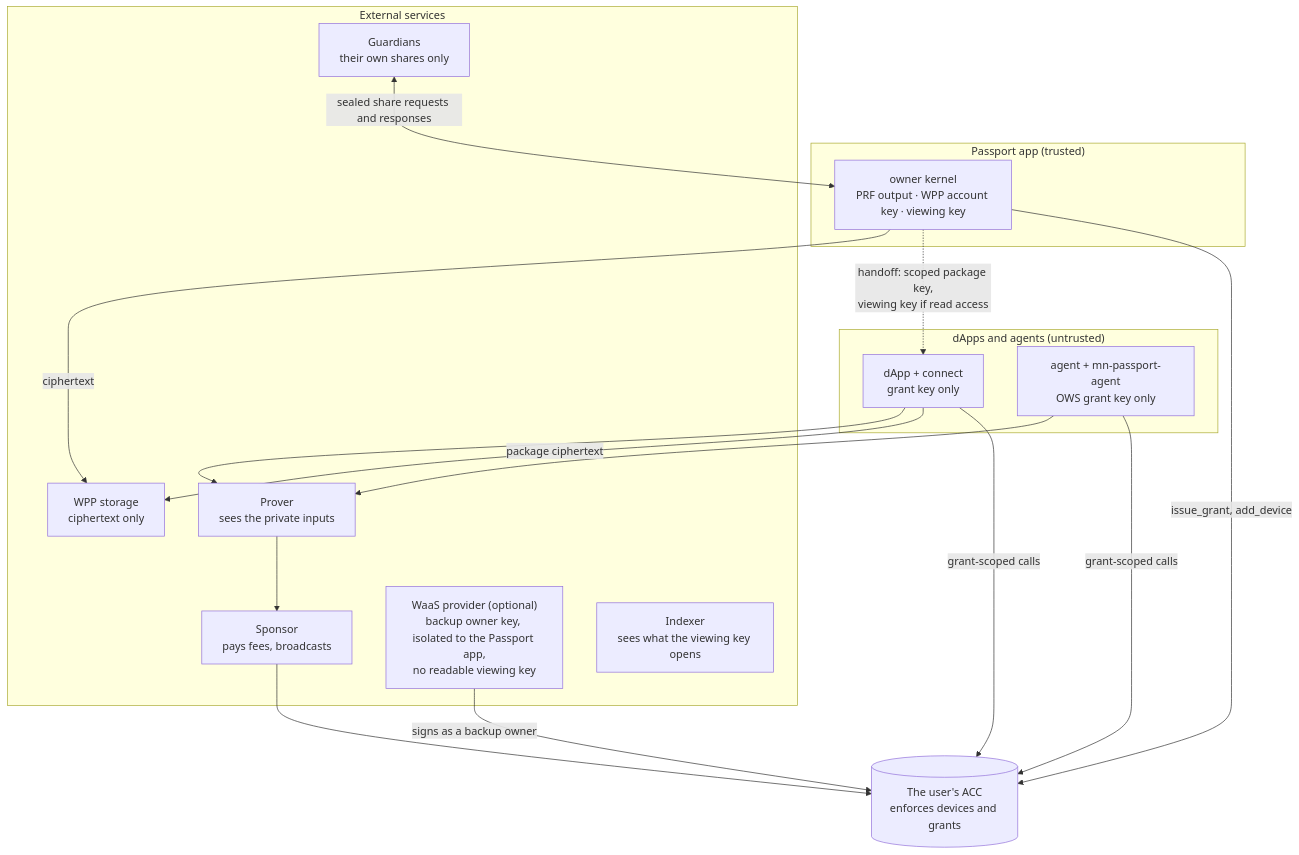
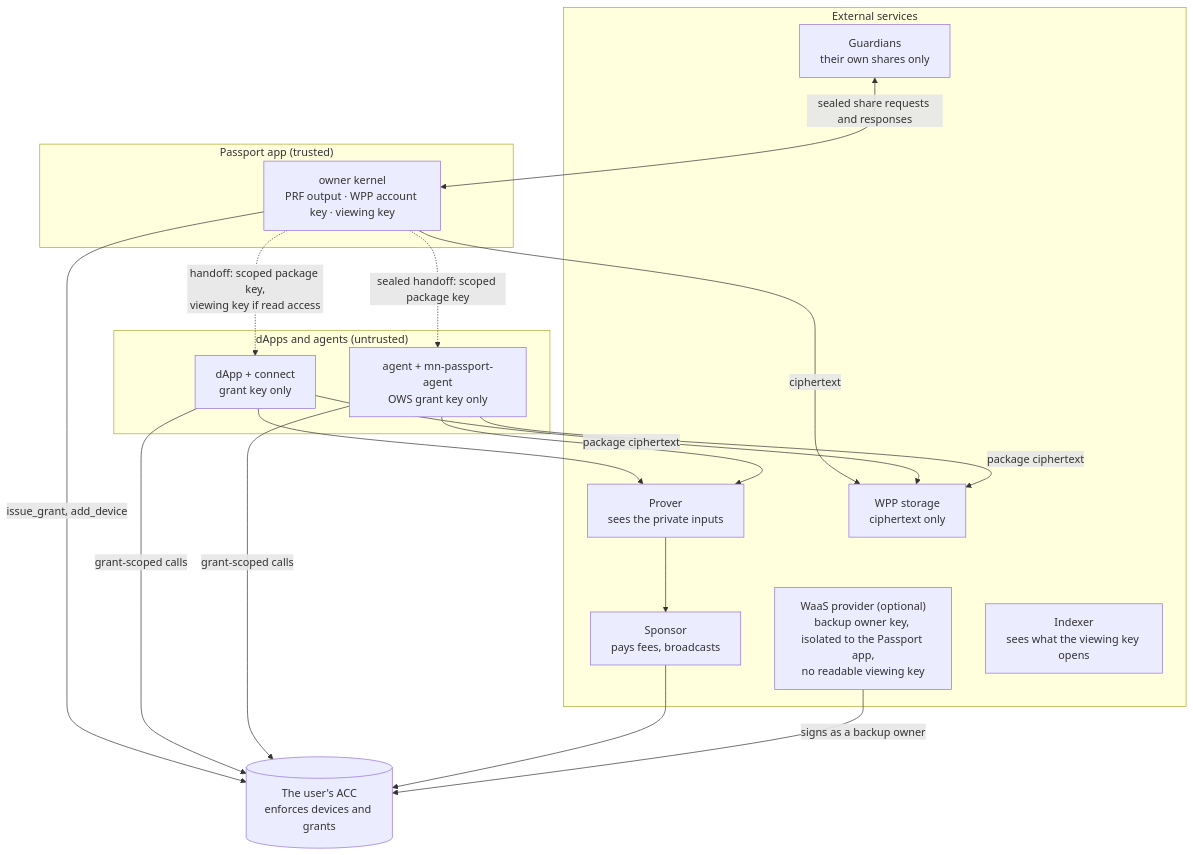
Before and after one commit to midnightntwrk/midnight-passport-sdk: the diagram in docs/architecture.md, drawn with Mermaid. The commit also changed other lines of this file and 4 other files, not shown here.

First line of the commit message:
docs: let agents get private data through a sealed handoff

````diff
--- a/docs/architecture.md
+++ b/docs/architecture.md
@@ -298,32 +298,34 @@
 ```mermaid
 flowchart TB
   subgraph APP["Passport app (trusted)"]
     KERNEL["owner kernel<br/>PRF output · WPP account key · viewing key"]
   end
   subgraph CLIENTS["dApps and agents (untrusted)"]
     DAPP["dApp + connect<br/>grant key only"]
     AGENT["agent + mn-passport-agent<br/>OWS grant key only"]
   end
   subgraph EXT["External services"]
     PROVER["Prover<br/>sees the private inputs"]
     SPONSOR["Sponsor<br/>pays fees, broadcasts"]
     WAAS["WaaS provider (optional)<br/>backup owner key, isolated to the Passport app,<br/>no readable viewing key"]
     WPP["WPP storage<br/>ciphertext only"]
     IDX["Indexer<br/>sees what the viewing key opens"]
     GUARD["Guardians<br/>their own shares only"]
   end
   ACC[("The user's ACC<br/>enforces devices and grants")]
 
   KERNEL -->|"issue_grant, add_device"| ACC
   KERNEL -.->|"handoff: scoped package key,<br/>viewing key if read access"| DAPP
+  KERNEL -.->|"sealed handoff: scoped package key"| AGENT
   KERNEL -->|"ciphertext"| WPP
   DAPP -->|"grant-scoped calls"| ACC
   AGENT -->|"grant-scoped calls"| ACC
   DAPP -->|"package ciphertext"| WPP
+  AGENT -->|"package ciphertext"| WPP
   GUARD <-->|"sealed share requests and responses"| KERNEL
   DAPP --> PROVER
   AGENT --> PROVER
   PROVER --> SPONSOR
   SPONSOR --> ACC
   WAAS -->|"signs as a backup owner"| ACC
 ```
````
